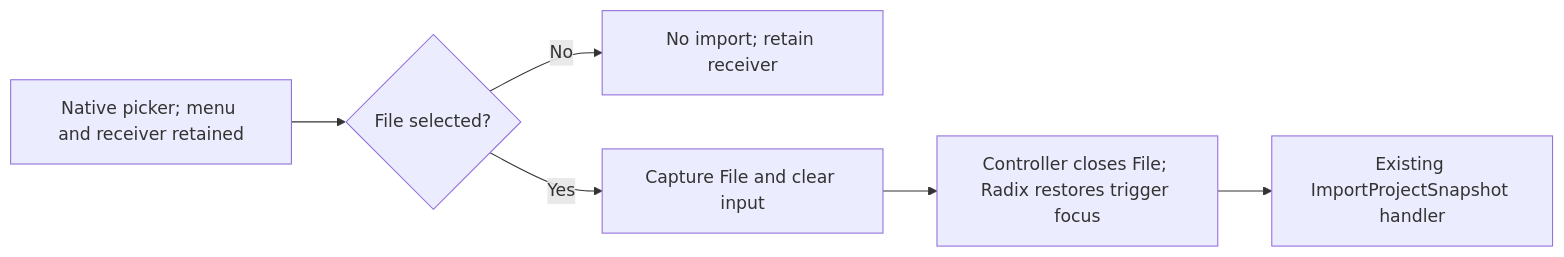
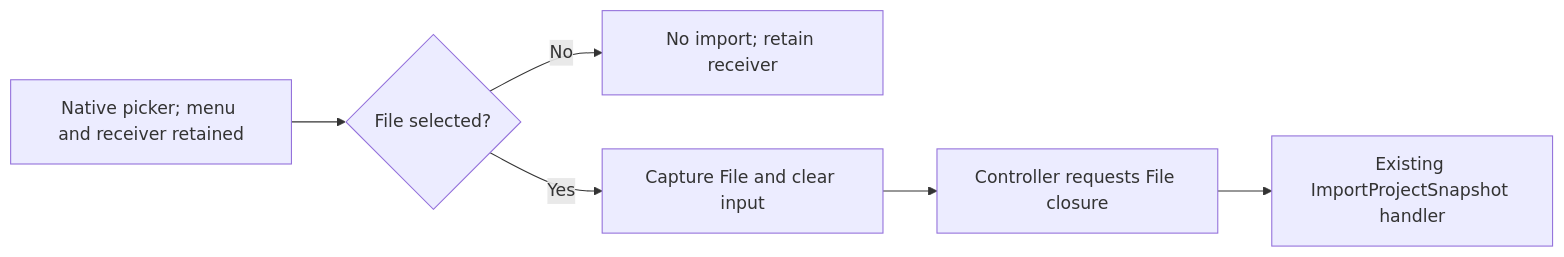
One commit to dunay2/dvt changed the third of 3 diagrams in docs/architecture/components/web/graph/canvas-workbench-command-menu-component.md. Above: the diagram before and after it, drawn with Mermaid. The commit also changed other lines of this file, not shown here.

Commit message:
docs(docs): Clarify asynchronous snapshot menu focus return

````diff
--- a/docs/architecture/components/web/graph/canvas-workbench-command-menu-component.md
+++ b/docs/architecture/components/web/graph/canvas-workbench-command-menu-component.md
@@ -87,8 +88,8 @@
 ```mermaid
 flowchart LR
   Picker[Native picker; menu and receiver retained] --> Choice{File selected?}
   Choice -->|No| Retain[No import; retain receiver]
   Choice -->|Yes| Capture[Capture File and clear input]
-  Capture --> Close[Controller closes File; Radix restores trigger focus]
+  Capture --> Close[Controller requests File closure]
   Close --> Import[Existing ImportProjectSnapshot handler]
 ```
````
